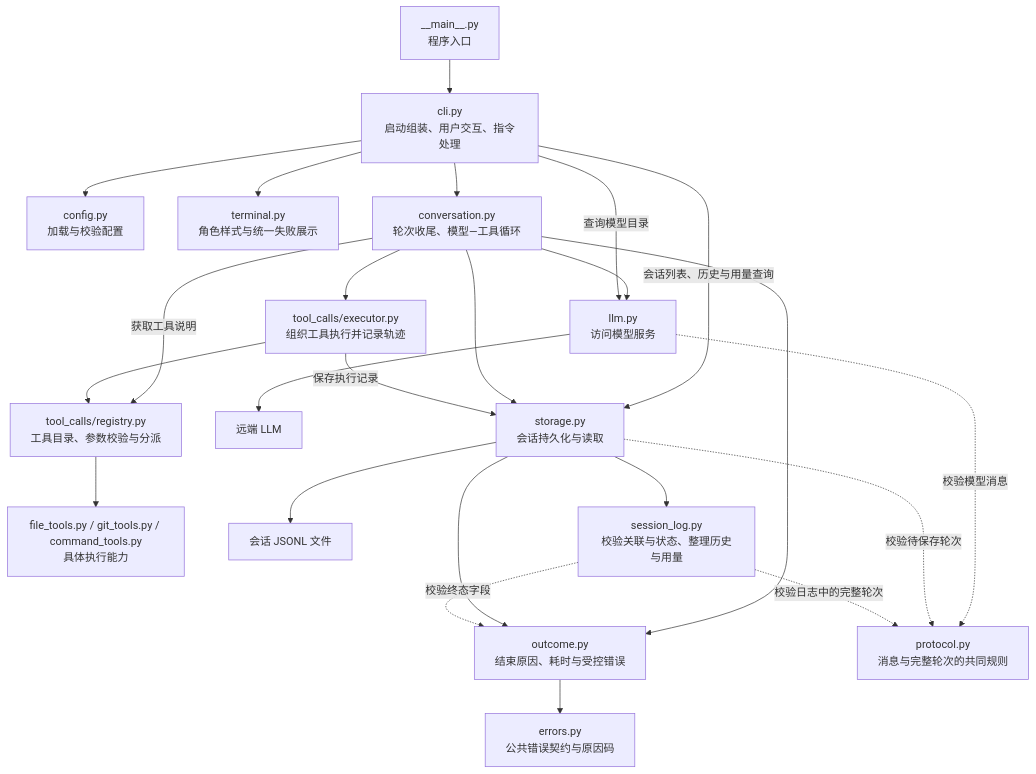
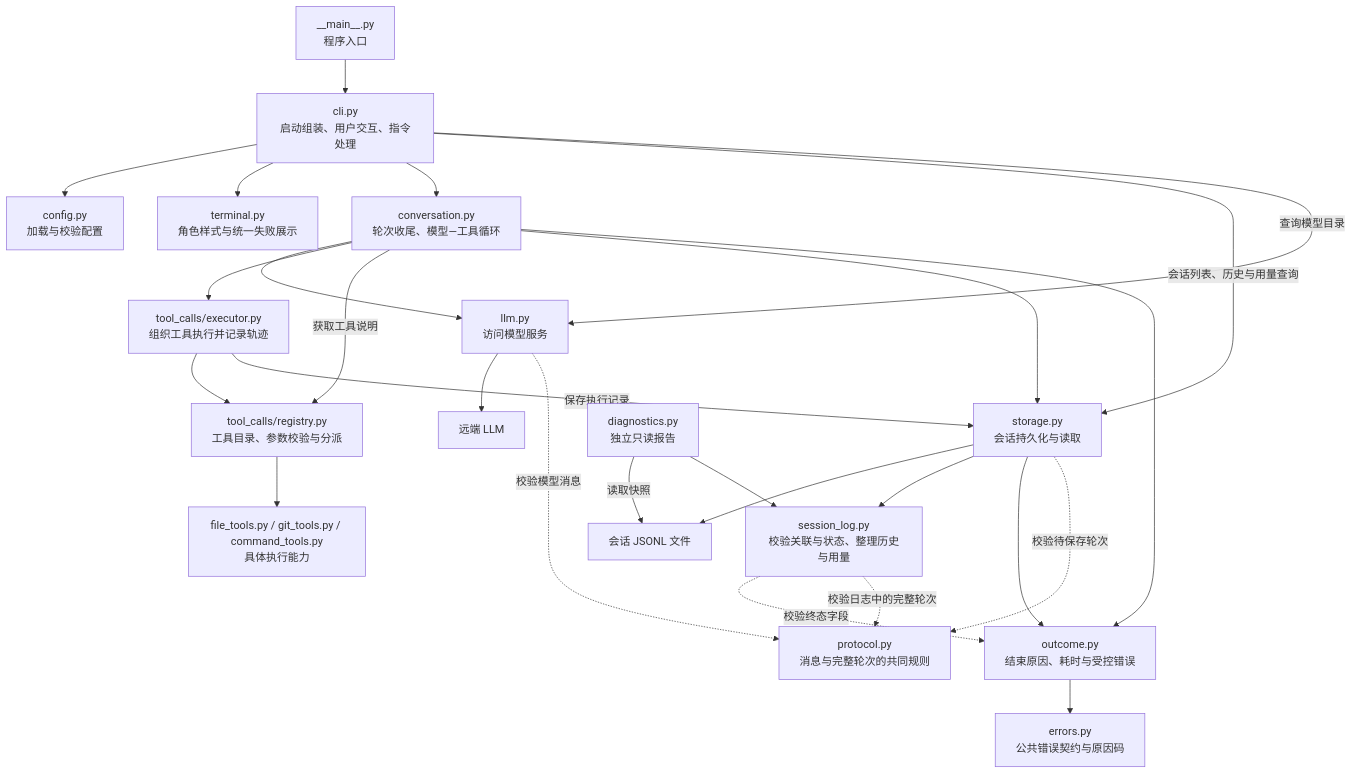
The first of 3 diagrams in docs/architecture.md (Plvltra/AdamAgent), drawn with Mermaid before and after one commit. The commit also changed other lines of this file and 7 other files, not shown here.

````diff
--- a/docs/architecture.md
+++ b/docs/architecture.md
@@ -15,29 +15,31 @@
 ```mermaid
 flowchart TD
     ENTRY["__main__.py<br/>程序入口"] --> CLI["cli.py<br/>启动组装、用户交互、指令处理"]
     CLI --> CONFIG["config.py<br/>加载与校验配置"]
     CLI --> TERMINAL["terminal.py<br/>角色样式与统一失败展示"]
     CLI --> CONV["conversation.py<br/>轮次收尾、模型—工具循环"]
     CLI -->|"会话列表、历史与用量查询"| STORE["storage.py<br/>会话持久化与读取"]
 
     CONV --> LLM["llm.py<br/>访问模型服务"]
     CLI -->|"查询模型目录"| LLM
     LLM --> API["远端 LLM"]
     CONV --> EXEC["tool_calls/executor.py<br/>组织工具执行并记录轨迹"]
     CONV -->|"获取工具说明"| REG["tool_calls/registry.py<br/>工具目录、参数校验与分派"]
     EXEC --> REG
     REG --> TOOLS["file_tools.py / git_tools.py / command_tools.py<br/>具体执行能力"]
 
     CONV --> STORE
     EXEC -->|"保存执行记录"| STORE
     STORE --> FILE["会话 JSONL 文件"]
+    DIAG["diagnostics.py<br/>独立只读报告"] -->|读取快照| FILE
+    DIAG --> LOG
     STORE --> LOG["session_log.py<br/>校验关联与状态、整理历史与用量"]
     CONV --> OUTCOME["outcome.py<br/>结束原因、耗时与受控错误"]
     STORE --> OUTCOME
     LOG -.->|"校验终态字段"| OUTCOME
     OUTCOME --> ERROR["errors.py<br/>公共错误契约与原因码"]
 
     LLM -.->|"校验模型消息"| PROTOCOL["protocol.py<br/>消息与完整轮次的共同规则"]
     STORE -.->|"校验待保存轮次"| PROTOCOL
     LOG -.->|"校验日志中的完整轮次"| PROTOCOL
 ```
````
